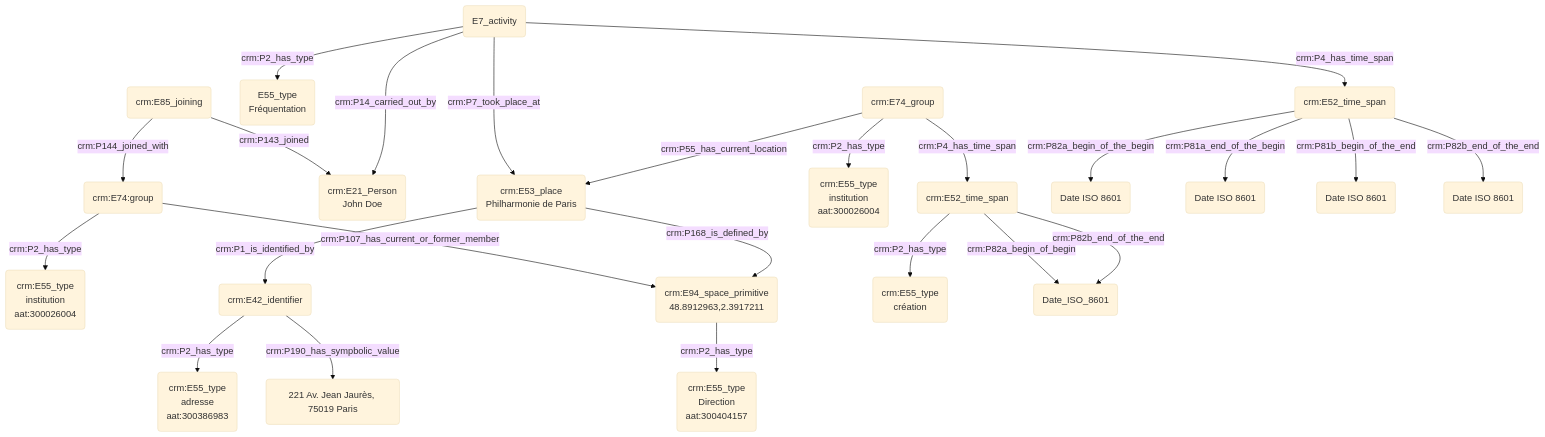
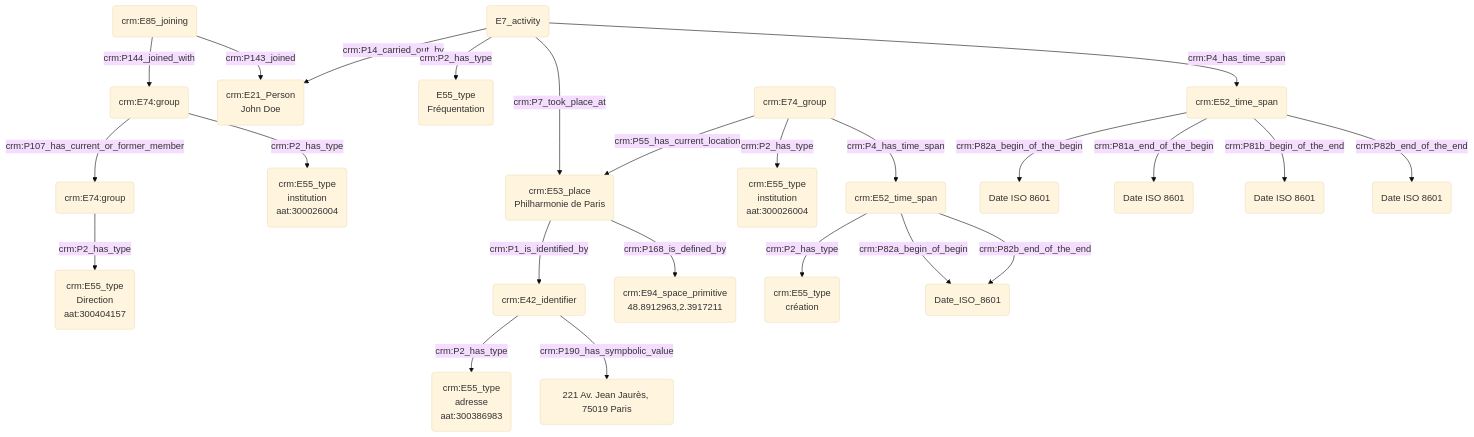
The diagram in modules/livrables/Dossier 2/Prosopographie/fréquentation d'une institution.md (Amleth/consortium-musica2-gt2-ontologies), drawn with Mermaid (base theme) before and after one commit.

Commit message:
Update fréquentation d'une institution.md

````diff
--- a/modules/livrables/Dossier 2/Prosopographie/fréquentation d'une institution.md
+++ b/modules/livrables/Dossier 2/Prosopographie/fréquentation d'une institution.md
@@ -11,31 +11,31 @@
 ```mermaid
 graph TD;
 
 P(crm:E85_joining) --> |crm:P144_joined_with| Q(crm:E74:group)
-Q(crm:E74:group) -->|crm:P2_has_type| R(crm:E55_type<br>institution<br>aat:300026004)
 P(crm:E85_joining) --> |crm:P143_joined| A("crm:E21_Person<br>John Doe")
 Q(crm:E74:group) --> |crm:P107_has_current_or_former_member| X(crm:E74:group)
 X(crm:E74:group) --> |crm:P2_has_type| Y(crm:E55_type<br>Direction<br>aat:300404157)
+Q(crm:E74:group) -->|crm:P2_has_type| R(crm:E55_type<br>institution<br>aat:300026004)
 
 B(E7_activity) -->|crm:P14_carried_out_by| A("crm:E21_Person<br>John Doe")
 B(E7_activity) -->|crm:P2_has_type| C(E55_type<br>Fréquentation)
 
 B(E7_activity) --->|crm:P7_took_place_at| K(E53_place<br>Philharmonie de Paris)
 I(crm:E74_group) -->|crm:P2_has_type| J(crm:E55_type<br>institution<br>aat:300026004)
 I(crm:E74_group) -->|crm:P55_has_current_location| K(crm:E53_place)
 K(crm:E53_place<br>Philharmonie de Paris) --> |crm:P1_is_identified_by| S(crm:E42_identifier)
-K(crm:E53_place<br>Philharmonie de Paris) --> |crm:P168_is_defined_by| X(crm:E94_space_primitive<br>48.8912963,2.3917211)
+K(crm:E53_place<br>Philharmonie de Paris) --> |crm:P168_is_defined_by| Z(crm:E94_space_primitive<br>48.8912963,2.3917211)
 S(crm:E42_identifier) --> |crm:P2_has_type| T(crm:E55_type<br>adresse<br>aat:300386983)
 S(crm:E42_identifier) --> |crm:P190_has_sympbolic_value| U(221 Av. Jean Jaurès, 75019 Paris)
 I(crm:E74_group) -->|crm:P4_has_time_span| M(crm:E52_time_span)
 M(crm:E52_time_span) -->|crm:P2_has_type| N(crm:E55_type<br>création)
 M(crm:E52_time_span) -->|crm:P82a_begin_of_begin| O(Date_ISO_8601)
 M(crm:E52_time_span) -->|crm:P82b_end_of_the_end| O(Date_ISO_8601)
 
 B(E7_activity) --> |crm:P4_has_time_span| D(crm:E52_time_span)
 D(crm:E52_time_span) --> |crm:P82a_begin_of_the_begin| E("Date ISO 8601")
 D(crm:E52_time_span) --> |crm:P81a_end_of_the_begin| F("Date ISO 8601")
 D(crm:E52_time_span) --> |crm:P81b_begin_of_the_end|G("Date ISO 8601")
 D(crm:E52_time_span) --> |crm:P82b_end_of_the_end| H("Date ISO 8601")
 
 ```
````
